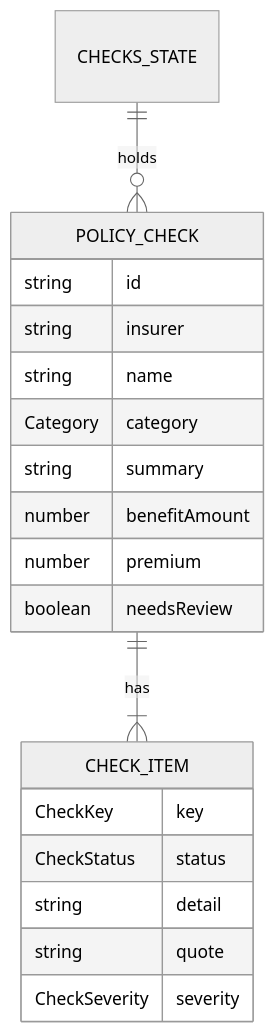
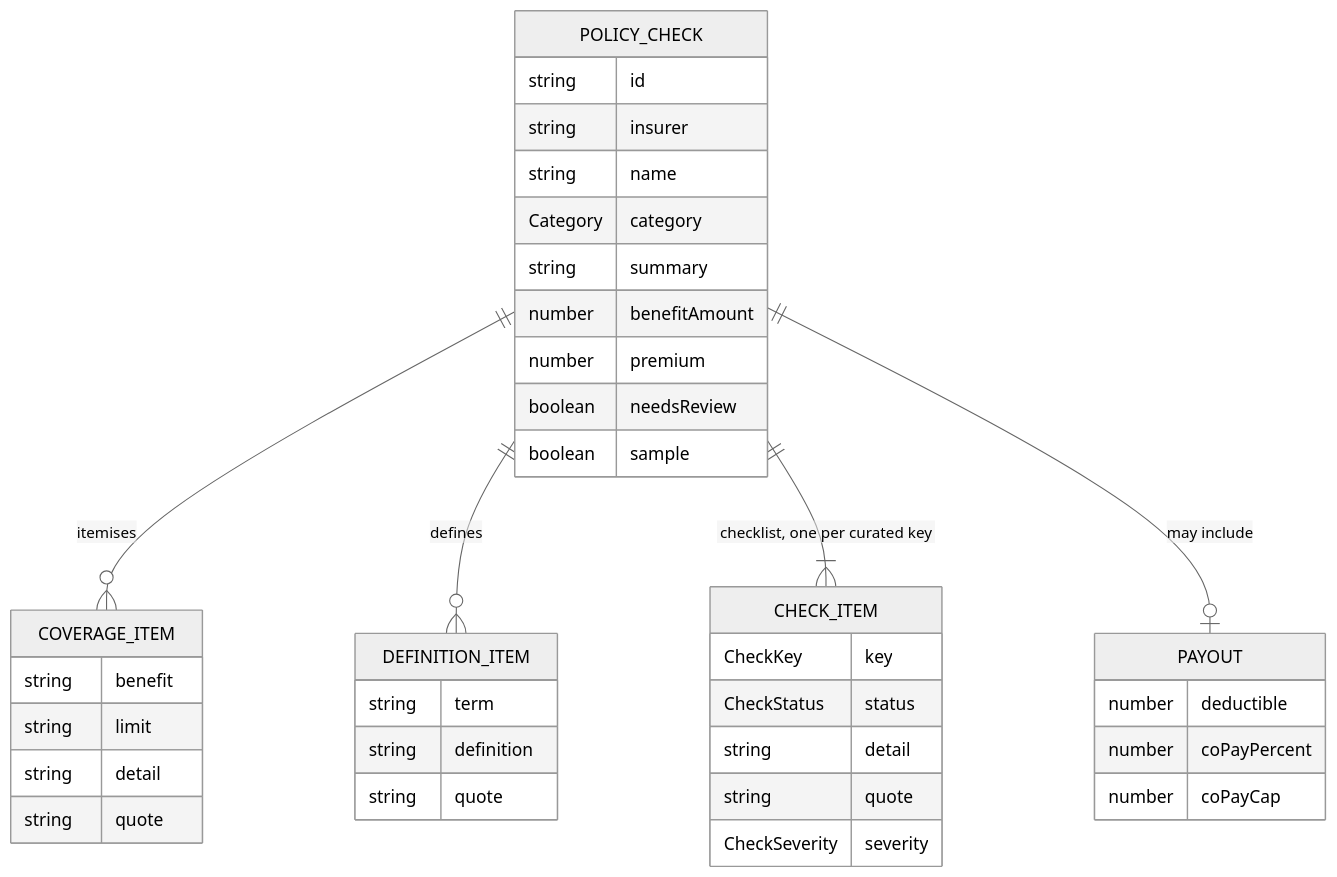
One commit to elleskay/insurance-dashboard changed the fifth of 6 diagrams in README.md. Above: the diagram before and after it, drawn with Mermaid (neutral theme). The commit also changed other lines of this file, not shown here.

Commit message:
docs: rewrite README, expand data model and correct spec coverage to 28/28

````diff
--- a/README.md
+++ b/README.md
@@ -110,22 +118,42 @@
 ```mermaid
 erDiagram
-    CHECKS_STATE ||--o{ POLICY_CHECK : holds
-    POLICY_CHECK ||--|{ CHECK_ITEM : has
+    POLICY_CHECK ||--o{ COVERAGE_ITEM : itemises
+    POLICY_CHECK ||--o{ DEFINITION_ITEM : defines
+    POLICY_CHECK ||--|{ CHECK_ITEM : "checklist, one per curated key"
+    POLICY_CHECK ||--o| PAYOUT : "may include"
+
     POLICY_CHECK {
         string id
         string insurer
         string name
         Category category
         string summary
         number benefitAmount
         number premium
         boolean needsReview
+        boolean sample
+    }
+    COVERAGE_ITEM {
+        string benefit
+        string limit
+        string detail
+        string quote
+    }
+    DEFINITION_ITEM {
+        string term
+        string definition
+        string quote
     }
     CHECK_ITEM {
         CheckKey key
         CheckStatus status
         string detail
         string quote
         CheckSeverity severity
     }
+    PAYOUT {
+        number deductible
+        number coPayPercent
+        number coPayCap
+    }
 ```
````
